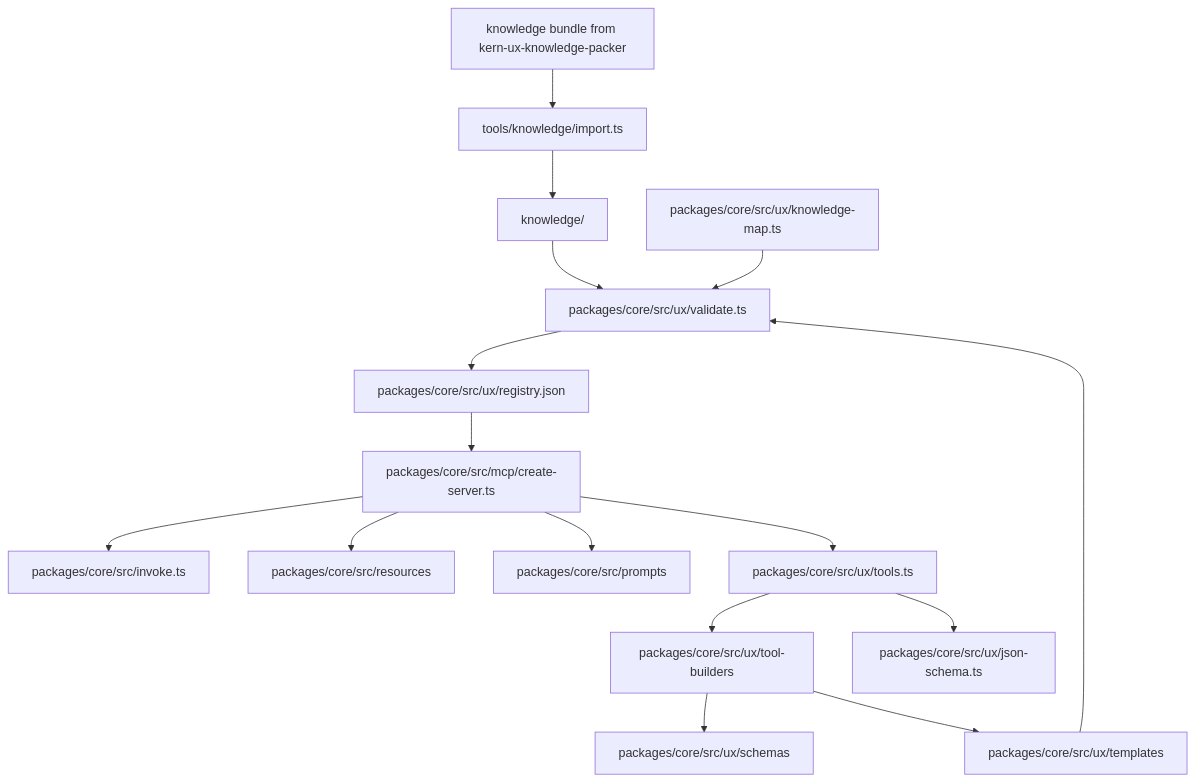
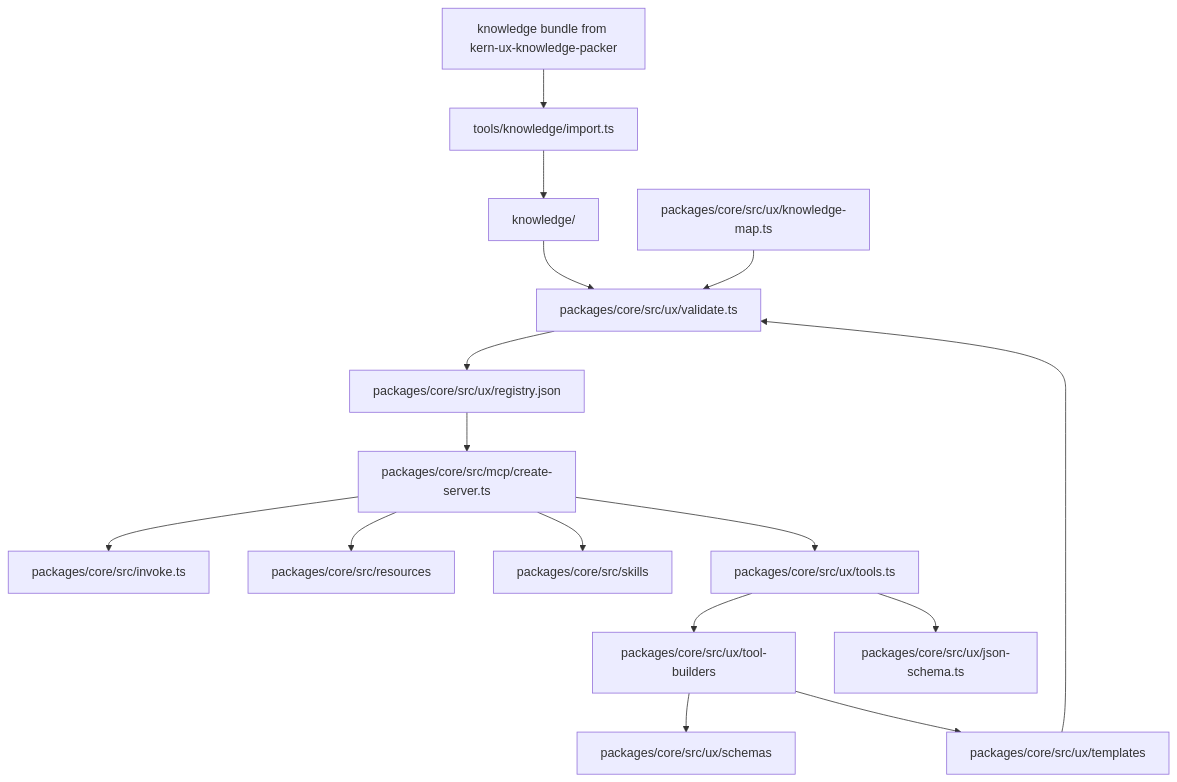
One commit to leonio/kern-ux-mcp changed the diagram in docs/codebase-guide.md. Above: the diagram before and after it, drawn with Mermaid. The commit also changed other lines of this file and 4 other files, not shown here.

Commit message:
docs: the skills replace the prompts and the guides

````diff
--- a/docs/codebase-guide.md
+++ b/docs/codebase-guide.md
@@ -9,18 +9,18 @@
 ```mermaid
 flowchart TD
   A[knowledge bundle from kern-ux-knowledge-packer] --> B[tools/knowledge/import.ts]
   B --> C[knowledge/]
   C --> K[packages/core/src/ux/knowledge-projection.ts]
   M[packages/core/src/ux/knowledge-map.ts] --> K
   K --> D[packages/core/src/ux/registry.json]
   D --> E[packages/core/src/mcp/create-server.ts]
   E --> P[packages/core/src/invoke.ts]
   E --> R[packages/core/src/resources]
-  E --> Q[packages/core/src/prompts]
+  E --> Q[packages/core/src/skills]
   E --> F[packages/core/src/ux/tools.ts]
   F --> G[packages/core/src/ux/tool-builders]
   G --> H[packages/core/src/ux/schemas]
   G --> I[packages/core/src/ux/templates]
   F --> J[packages/core/src/ux/json-schema.ts]
   I --> K[packages/core/src/ux/validate.ts]
 ```
````
